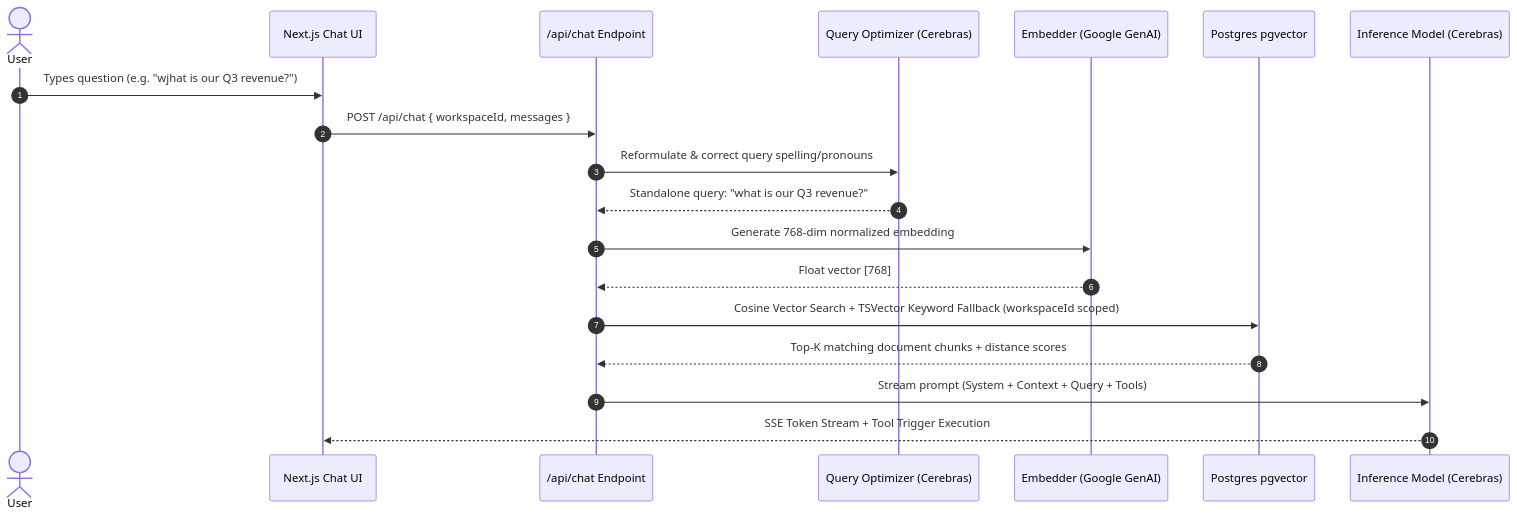
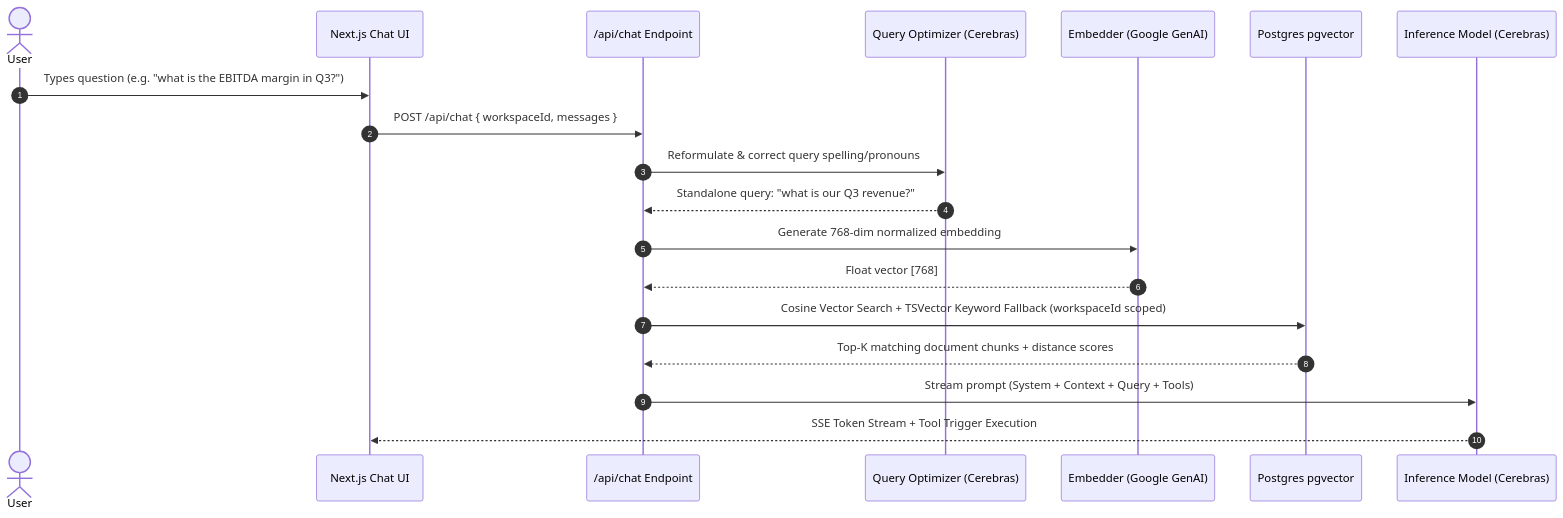
One commit to premhagargi/nexus-ai changed the second of 2 diagrams in README.md. Above: the diagram before and after it, drawn with Mermaid. The commit also changed other lines of this file and 2 other files, not shown here.

````diff
--- a/README.md
+++ b/README.md
@@ -38,22 +38,22 @@
 ```mermaid
 sequenceDiagram
     autonumber
     actor User
     participant UI as Next.js Chat UI
     participant API as /api/chat Endpoint
     participant LLM_Q as Query Optimizer (Cerebras)
     participant EMB as Embedder (Google GenAI)
     participant DB as Postgres pgvector
     participant LLM_F as Inference Model (Cerebras)
 
-    User->>UI: Types question (e.g. "wjhat is our Q3 revenue?")
+    User->>UI: Types question (e.g. "what is the EBITDA margin in Q3?")
     UI->>API: POST /api/chat { workspaceId, messages }
     API->>LLM_Q: Reformulate & correct query spelling/pronouns
     LLM_Q-->>API: Standalone query: "what is our Q3 revenue?"
     API->>EMB: Generate 768-dim normalized embedding
     EMB-->>API: Float vector [768]
     API->>DB: Cosine Vector Search + TSVector Keyword Fallback (workspaceId scoped)
     DB-->>API: Top-K matching document chunks + distance scores
     API->>LLM_F: Stream prompt (System + Context + Query + Tools)
     LLM_F-->>UI: SSE Token Stream + Tool Trigger Execution
 ```
````
